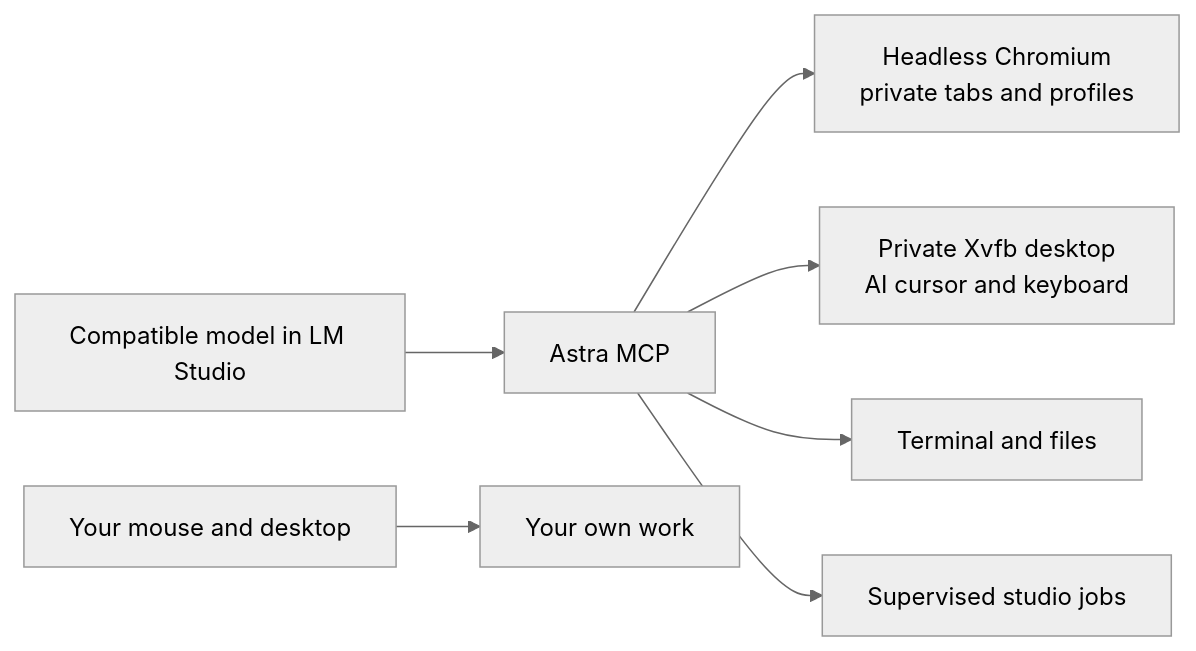
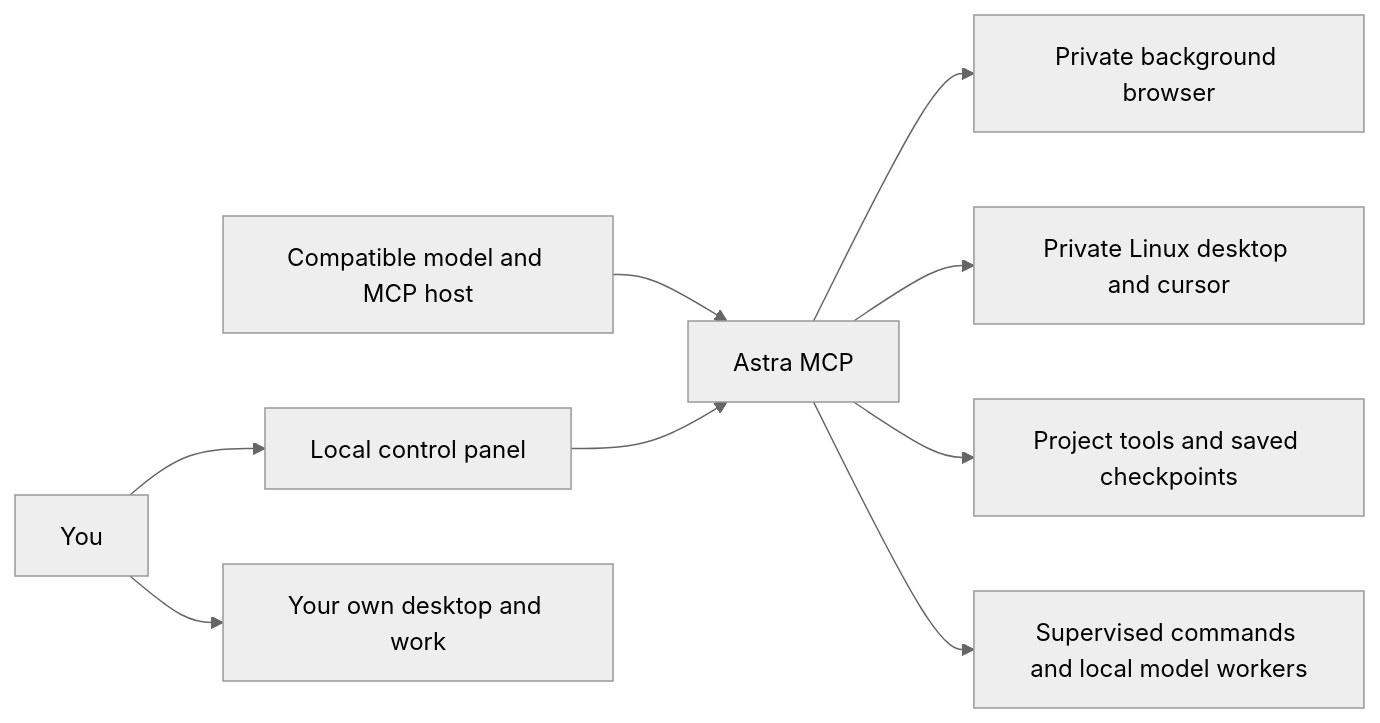
One commit to NermalYT/astra-mcp changed the diagram in README.md. Above: the diagram before and after it, drawn with Mermaid (neutral theme). The commit also changed other lines of this file and 5 other files, not shown here.

Commit message:
Finalize Astra MCP 3.0.0 with graphical setup and private addons

````diff
--- a/README.md
+++ b/README.md
@@ -11,9 +9,11 @@
 ```mermaid
 flowchart LR
-    M[Compatible model in LM Studio] --> A[Astra MCP]
-    A --> B[Headless Chromium\nprivate tabs and profiles]
-    A --> D[Private Xvfb desktop\nAI cursor and keyboard]
-    A --> F[Terminal and files]
-    A --> J[Supervised studio jobs]
-    U[Your mouse and desktop] --> W[Your own work]
+    M[Compatible model and MCP host] --> A[Astra MCP]
+    A --> B[Private background browser]
+    A --> D[Private Linux desktop and cursor]
+    A --> P[Project tools and saved checkpoints]
+    A --> J[Supervised commands and local model workers]
+    U[You] --> C[Local control panel]
+    C --> A
+    U --> W[Your own desktop and work]
 ```
````
